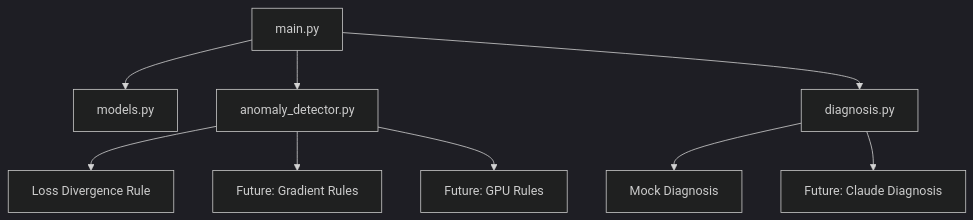
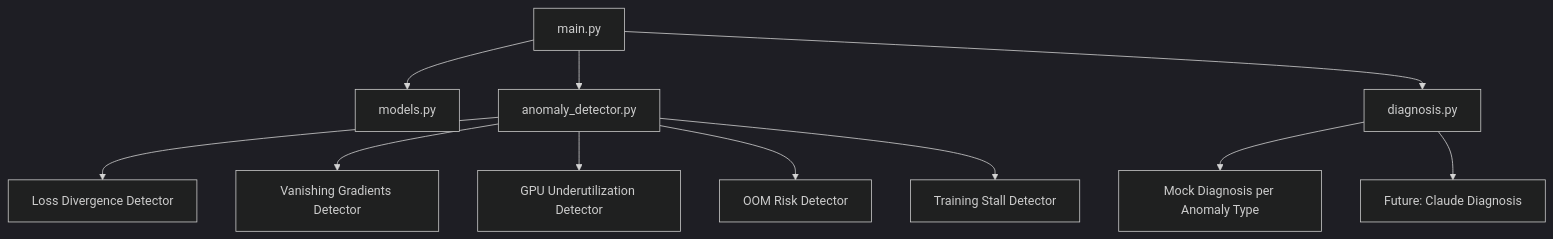
The second of 3 diagrams in docs/ARCHITECTURE.md (agarwalpragya/trainlens-ai), drawn with Mermaid (dark theme) before and after one commit. The commit also changed other lines of this file and 6 other files, not shown here.

````diff
--- a/docs/ARCHITECTURE.md
+++ b/docs/ARCHITECTURE.md
@@ -30,11 +30,13 @@
 ```mermaid
 flowchart TD
     A[main.py] --> B[models.py]
     A --> C[anomaly_detector.py]
     A --> D[diagnosis.py]
-    C --> E[Loss Divergence Rule]
-    C --> F[Future: Gradient Rules]
-    C --> G[Future: GPU Rules]
-    D --> H[Mock Diagnosis]
-    D --> I[Future: Claude Diagnosis]
+    C --> E[Loss Divergence Detector]
+    C --> F[Vanishing Gradients Detector]
+    C --> G[GPU Underutilization Detector]
+    C --> H[OOM Risk Detector]
+    C --> I[Training Stall Detector]
+    D --> J[Mock Diagnosis per Anomaly Type]
+    D --> K[Future: Claude Diagnosis]
 ```
````
